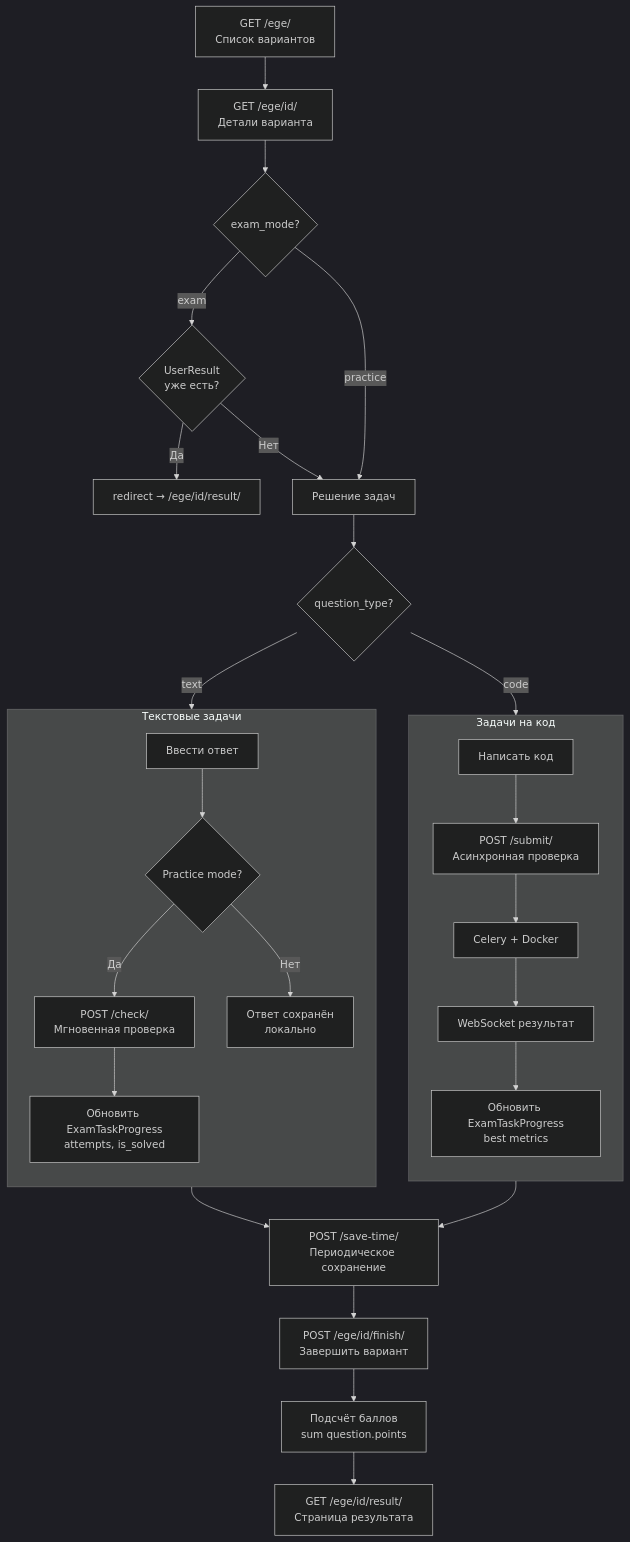
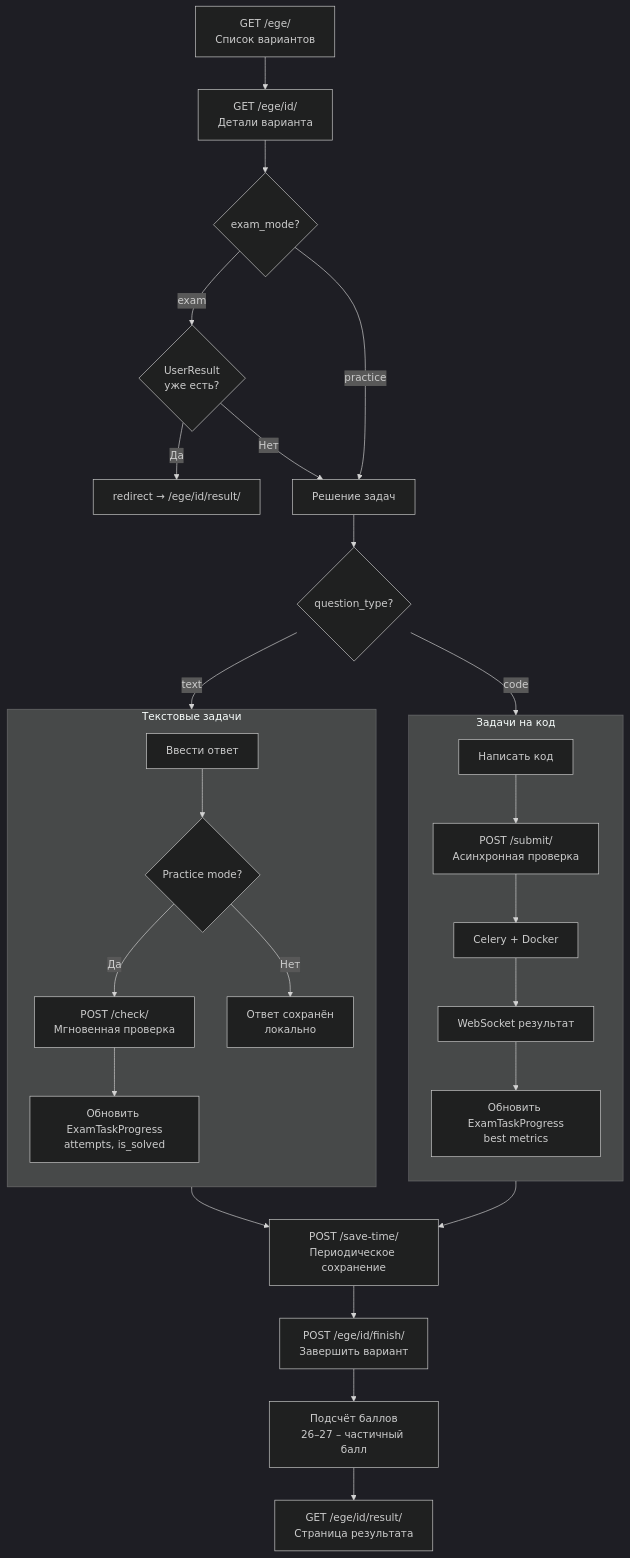
The second of 8 diagrams in docs/flows/ege-trainer.md (Kirill2517nv/SiteAboutMe), drawn with Mermaid (dark theme) before and after one commit. The commit also changed other lines of this file and 40 other files, not shown here.

````diff
--- a/docs/flows/ege-trainer.md
+++ b/docs/flows/ege-trainer.md
@@ -46,39 +46,39 @@
 ```mermaid
 flowchart TD
     LIST[GET /ege/\nСписок вариантов] --> DETAIL[GET /ege/id/\nДетали варианта]
     DETAIL --> MODE{exam_mode?}
 
     MODE -->|exam| EXAM_CHECK{UserResult\nуже есть?}
     EXAM_CHECK -->|Да| RESULT[redirect → /ege/id/result/]
     EXAM_CHECK -->|Нет| SOLVE
 
     MODE -->|practice| SOLVE[Решение задач]
 
     SOLVE --> TASK_TYPE{question_type?}
 
     TASK_TYPE -->|text| TEXT_FLOW
     TASK_TYPE -->|code| CODE_FLOW
 
     subgraph TEXT_FLOW[Текстовые задачи]
         direction TB
         T1[Ввести ответ] --> T2{Practice mode?}
         T2 -->|Да| T3["POST /check/\nМгновенная проверка"]
         T3 --> T4[Обновить ExamTaskProgress\nattempts, is_solved]
         T2 -->|Нет| T5[Ответ сохранён\nлокально]
     end
 
     subgraph CODE_FLOW[Задачи на код]
         direction TB
         C1[Написать код] --> C2["POST /submit/\nАсинхронная проверка"]
         C2 --> C3[Celery + Docker]
         C3 --> C4[WebSocket результат]
         C4 --> C5[Обновить ExamTaskProgress\nbest metrics]
     end
 
     TEXT_FLOW --> SAVE_TIME["POST /save-time/\nПериодическое сохранение"]
     CODE_FLOW --> SAVE_TIME
 
     SAVE_TIME --> FINISH["POST /ege/id/finish/\nЗавершить вариант"]
-    FINISH --> SCORE[Подсчёт баллов\nsum question.points]
+    FINISH --> SCORE["Подсчёт баллов\n26–27 – частичный балл"]
     SCORE --> RESULT_PAGE[GET /ege/id/result/\nСтраница результата]
 ```
````
